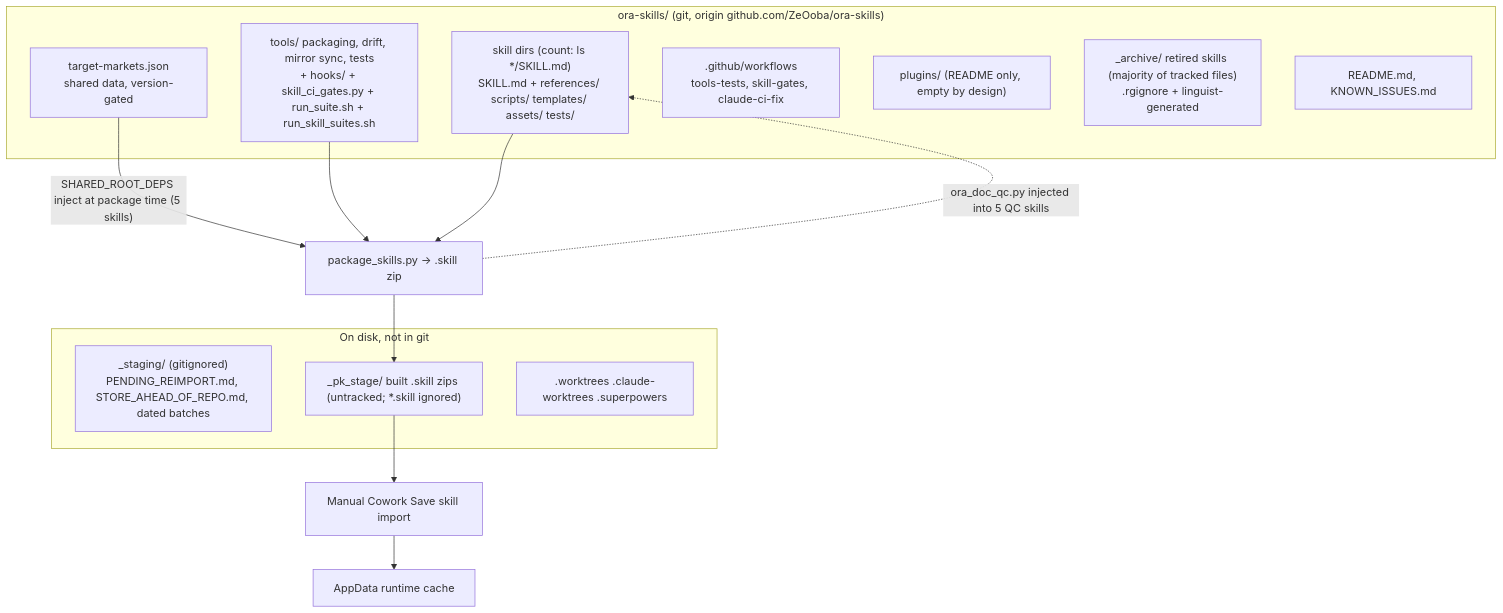
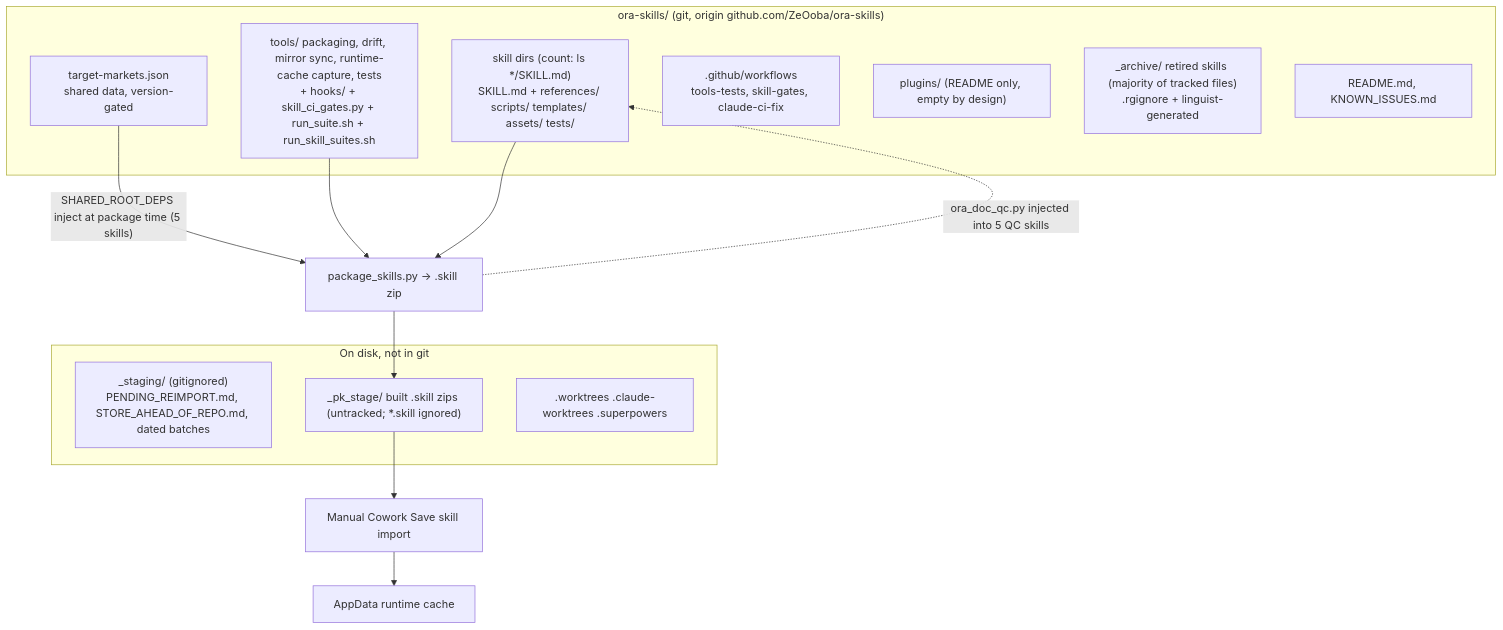
Before and after one commit to ZeOoba/ora-skills: the first of 4 diagrams in README.md, drawn with Mermaid. The commit also changed other lines of this file, not shown here.

First line of the commit message:
docs(diagrams): refresh diagrams and counts against current code (2026-10-28)

````diff
--- a/README.md
+++ b/README.md
@@ -30,24 +30,24 @@
 ```mermaid
 flowchart TD
     subgraph Repo["ora-skills/ (git, origin github.com/ZeOoba/ora-skills)"]
         S["skill dirs (count: ls */SKILL.md)\nSKILL.md + references/ scripts/ templates/ assets/ tests/"]
         TM["target-markets.json\nshared data, version-gated"]
-        T["tools/ packaging, drift, mirror sync, tests\n+ hooks/ + skill_ci_gates.py + run_suite.sh + run_skill_suites.sh"]
+        T["tools/ packaging, drift, mirror sync, runtime-cache capture, tests\n+ hooks/ + skill_ci_gates.py + run_suite.sh + run_skill_suites.sh"]
         GH[".github/workflows\ntools-tests, skill-gates, claude-ci-fix"]
         P["plugins/ (README only, empty by design)"]
         A["_archive/ retired skills (majority of tracked files)\n.rgignore + linguist-generated"]
         K["README.md, KNOWN_ISSUES.md"]
     end
     subgraph Untracked["On disk, not in git"]
         ST["_staging/ (gitignored)\nPENDING_REIMPORT.md, STORE_AHEAD_OF_REPO.md, dated batches"]
         PK["_pk_stage/ built .skill zips (untracked; *.skill ignored)"]
         WT[".worktrees .claude-worktrees .superpowers"]
     end
     TM -- "SHARED_ROOT_DEPS inject at package time (5 skills)" --> Pkg
     T --> Pkg["package_skills.py -> .skill zip"]
     S --> Pkg
     Pkg --> PK
     PK --> Import["Manual Cowork Save skill import"]
     Import --> Cache["AppData runtime cache"]
     Pkg -. "ora_doc_qc.py injected into 5 QC skills" .-> S
 ```
````
